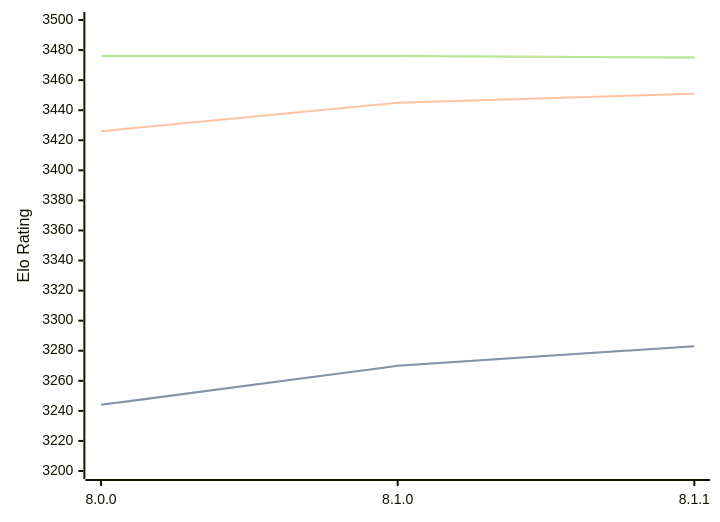
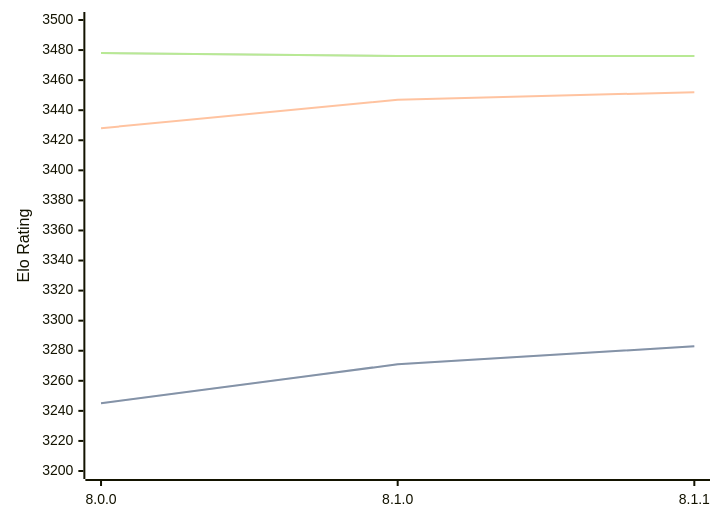
The diagram in engines/Velvet.md (computer-chess-index/cci), drawn with Mermaid before and after one commit. The commit also changed other lines of this file, not shown here.

Commit message:
Update CCI Ratings (ELO VLTC) - 2026-09-13

````diff
--- a/engines/Velvet.md
+++ b/engines/Velvet.md
@@ -33,11 +33,11 @@
 ```mermaid
 %%{init: {"theme":"base","themeVariables":{"seriesColors:['#a3a3a3','#222221','#faa371']}}}%%
 xychart-beta
   x-axis ["8.0.0", "8.1.0", "8.1.1"]
   y-axis "Elo Rating" 3200 --> 3500
-  line "" [3244, 3270, 3283]
-  line "STC (8.0+0.08s)" [3244, 3270, 3283]
-  line "LTC (60.0+0.60s)" [3426, 3445, 3451]
-  line "" [3476, 3476, 3475]
-  line "VLTC (2m24s+1.12s)" [3476, 3476, 3475]
+  line "" [3245, 3271, 3283]
+  line "STC (8.0+0.08s)" [3245, 3271, 3283]
+  line "LTC (60.0+0.60s)" [3428, 3447, 3452]
+  line "" [3478, 3476, 3476]
+  line "VLTC (2m24s+1.12s)" [3478, 3476, 3476]
 ```
````
